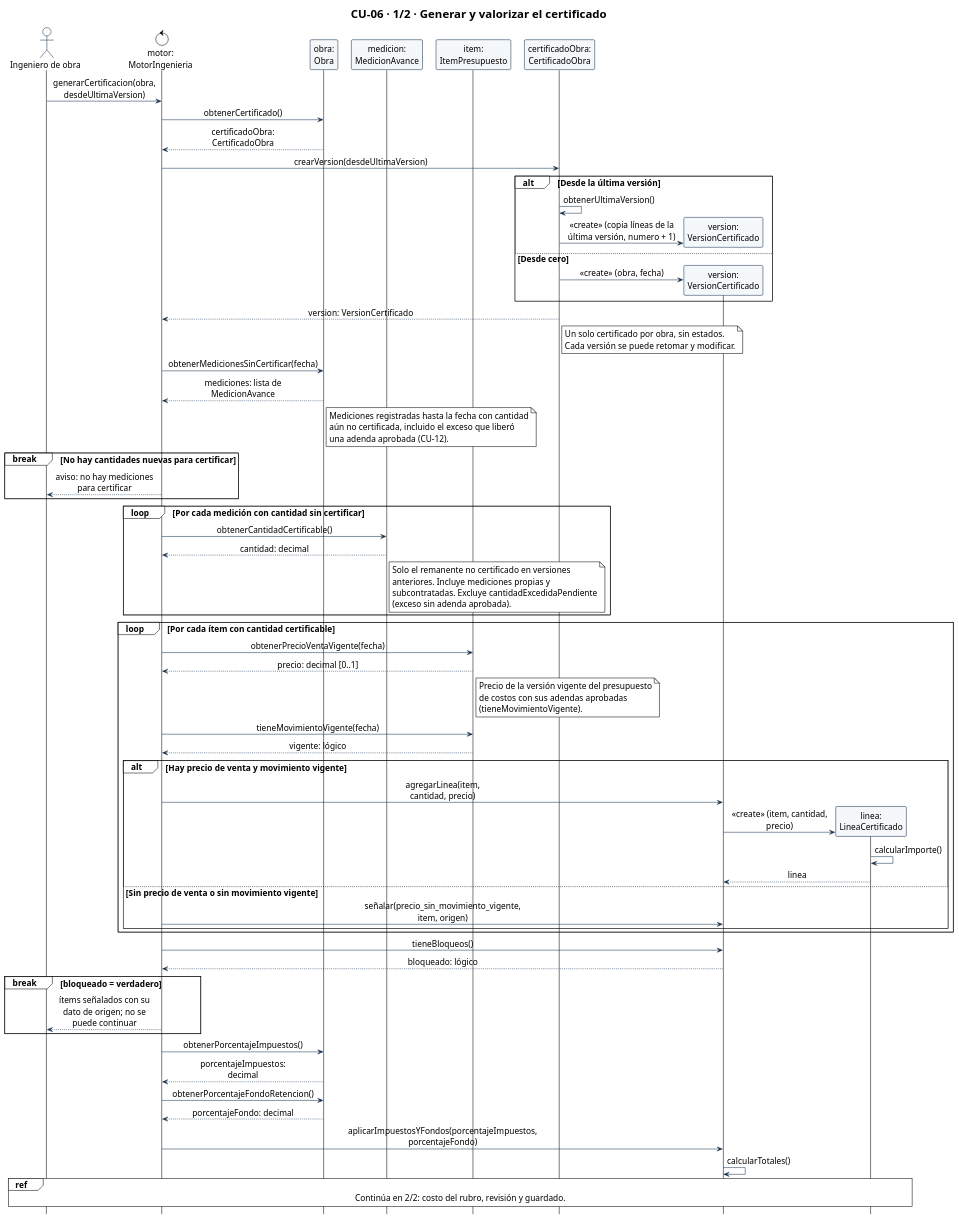
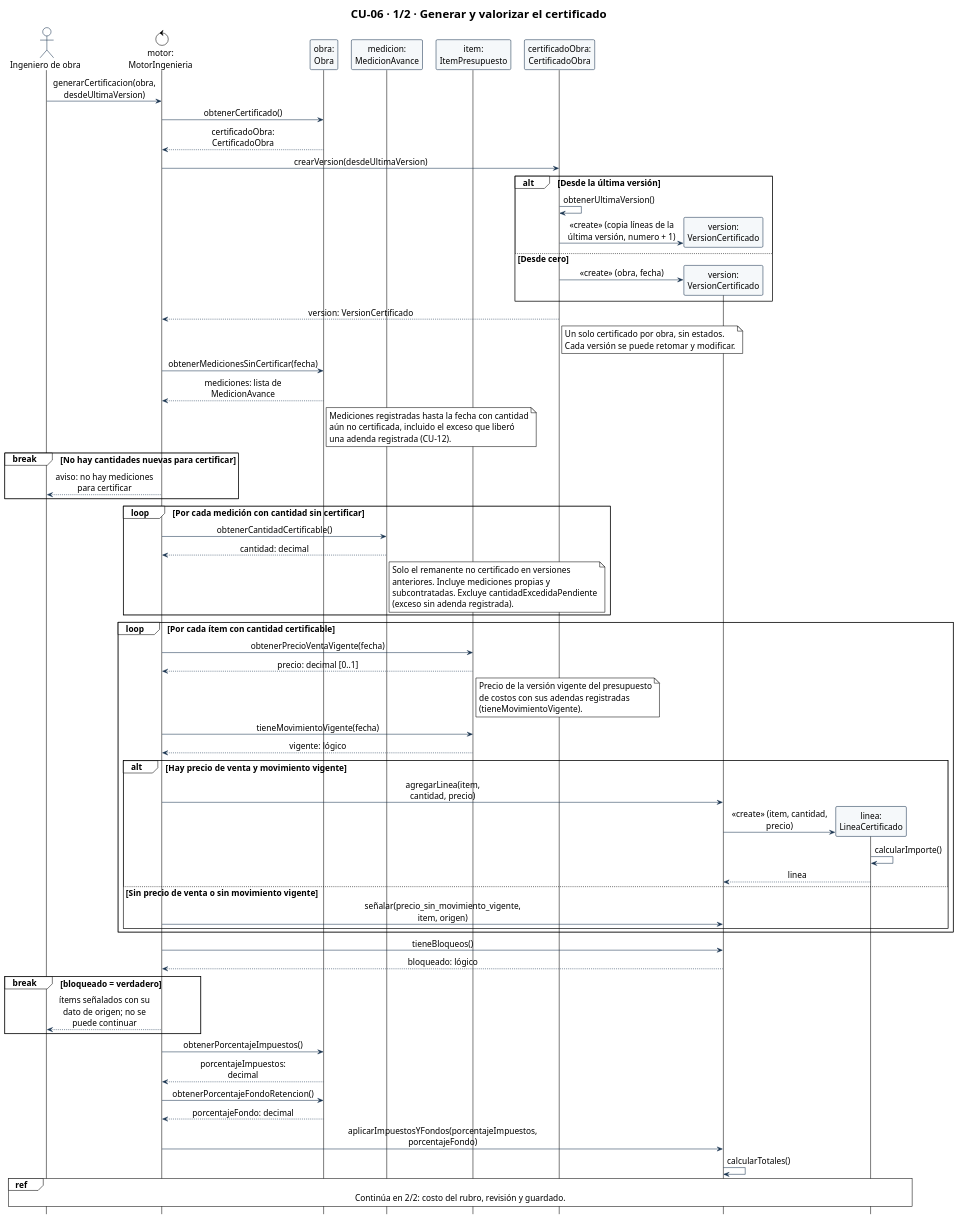
Before and after one commit to Ssrrb/tpf-uca: the diagram in diagramas/CU-06-secuencia-1-certificacion.puml, drawn with PlantUML. The commit also changed 3 other files, not shown here.

First line of the commit message:
Sincroniza CU-06 con la adenda registrada (diagramas-v6)

```diff
--- a/diagramas/CU-06-secuencia-1-certificacion.puml
+++ b/diagramas/CU-06-secuencia-1-certificacion.puml
@@ -1,102 +1,102 @@
 @startuml
 !theme plain
 skinparam shadowing false
 skinparam defaultFontName Arial
 skinparam defaultFontSize 16
 skinparam sequenceMessageAlign center
 skinparam maxMessageSize 210
 skinparam ParticipantPadding 8
 skinparam ParticipantBackgroundColor #F5F8FA
 skinparam ParticipantBorderColor #17324D
 skinparam ActorBorderColor #17324D
 skinparam ArrowColor #17324D
 hide footbox
 title CU-06 · 1/2 · Generar y valorizar el certificado
 actor "Ingeniero de obra" as Ingeniero
 control "motor:\nMotorIngenieria" as Motor
 participant "obra:\nObra" as Obra
 participant "medicion:\nMedicionAvance" as Medicion
 participant "item:\nItemPresupuesto" as Item
 participant "certificadoObra:\nCertificadoObra" as CertObra
 participant "version:\nVersionCertificado" as Certificado
 participant "linea:\nLineaCertificado" as Linea
 
 Ingeniero -> Motor: generarCertificacion(obra, desdeUltimaVersion)
 Motor -> Obra: obtenerCertificado()
 Obra --> Motor: certificadoObra: CertificadoObra
 Motor -> CertObra: crearVersion(desdeUltimaVersion)
 alt Desde la última versión
   CertObra -> CertObra: obtenerUltimaVersion()
   create Certificado
   CertObra -> Certificado: «create» (copia líneas de la última versión, numero + 1)
 else Desde cero
   create Certificado
   CertObra -> Certificado: «create» (obra, fecha)
 end
 CertObra --> Motor: version: VersionCertificado
 note right of CertObra
   Un solo certificado por obra, sin estados.
   Cada versión se puede retomar y modificar.
 end note
 
 Motor -> Obra: obtenerMedicionesSinCertificar(fecha)
 Obra --> Motor: mediciones: lista de MedicionAvance
 note right of Obra
   Mediciones registradas hasta la fecha con cantidad
   aún no certificada, incluido el exceso que liberó
-  una adenda aprobada (CU-12).
+  una adenda registrada (CU-12).
 end note
 
 break No hay cantidades nuevas para certificar
   Motor --> Ingeniero: aviso: no hay mediciones para certificar
 end
 
 loop Por cada medición con cantidad sin certificar
   Motor -> Medicion: obtenerCantidadCertificable()
   Medicion --> Motor: cantidad: decimal
   note right of Medicion
     Solo el remanente no certificado en versiones
     anteriores. Incluye mediciones propias y
     subcontratadas. Excluye cantidadExcedidaPendiente
-    (exceso sin adenda aprobada).
+    (exceso sin adenda registrada).
   end note
 end
 
 loop Por cada ítem con cantidad certificable
   Motor -> Item: obtenerPrecioVentaVigente(fecha)
   Item --> Motor: precio: decimal [0..1]
   note right of Item
     Precio de la versión vigente del presupuesto
-    de costos con sus adendas aprobadas
+    de costos con sus adendas registradas
     (tieneMovimientoVigente).
   end note
   Motor -> Item: tieneMovimientoVigente(fecha)
   Item --> Motor: vigente: lógico
   alt Hay precio de venta y movimiento vigente
     Motor -> Certificado: agregarLinea(item, cantidad, precio)
     create Linea
     Certificado -> Linea: «create» (item, cantidad, precio)
     Linea -> Linea: calcularImporte()
     Linea --> Certificado: linea
   else Sin precio de venta o sin movimiento vigente
     Motor -> Certificado: señalar(precio_sin_movimiento_vigente, item, origen)
   end
 end
 
 Motor -> Certificado: tieneBloqueos()
 Certificado --> Motor: bloqueado: lógico
 break bloqueado = verdadero
   Motor --> Ingeniero: ítems señalados con su dato de origen; no se puede continuar
 end
 
 Motor -> Obra: obtenerPorcentajeImpuestos()
 Obra --> Motor: porcentajeImpuestos: decimal
 Motor -> Obra: obtenerPorcentajeFondoRetencion()
 Obra --> Motor: porcentajeFondo: decimal
 Motor -> Certificado: aplicarImpuestosYFondos(porcentajeImpuestos, porcentajeFondo)
 Certificado -> Certificado: calcularTotales()
 
 ref over Ingeniero, Linea
   Continúa en 2/2: costo del rubro, revisión y guardado.
 end ref
 @enduml
```
